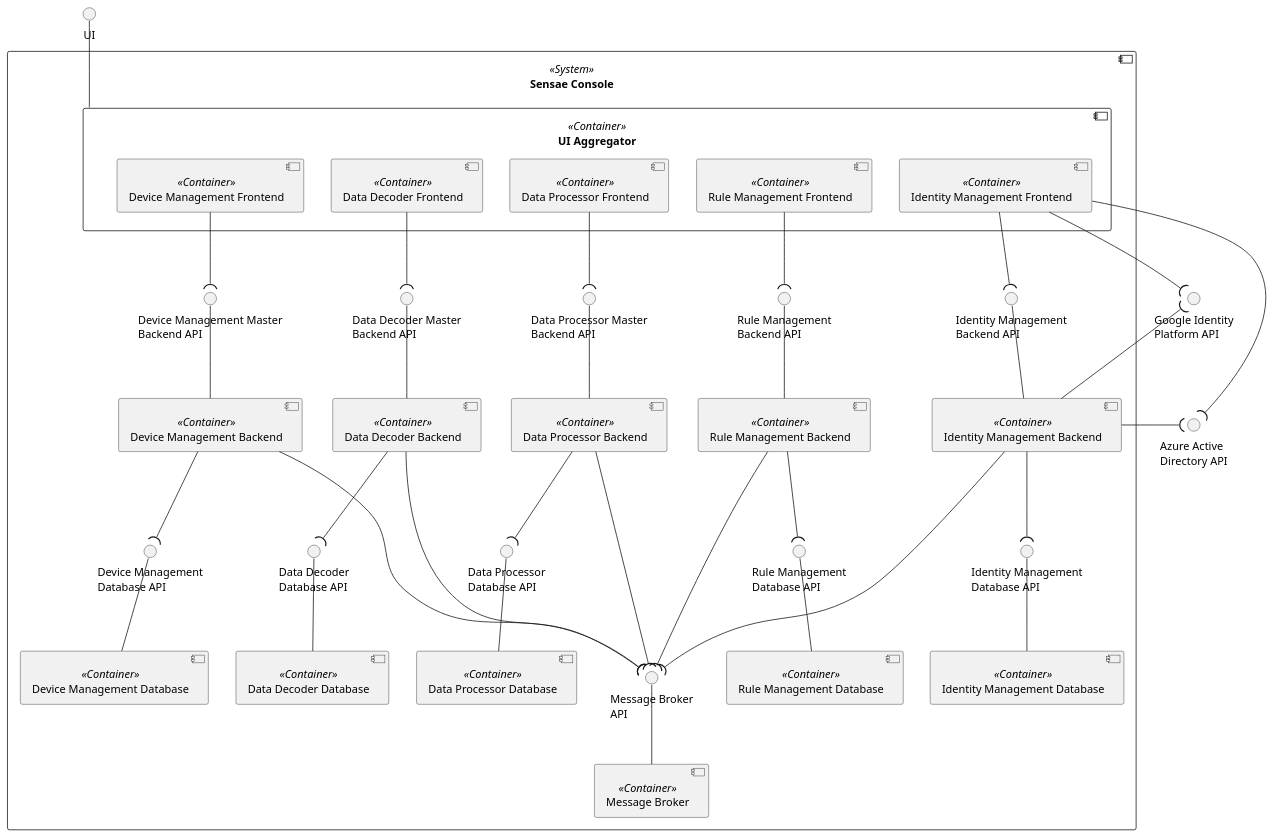
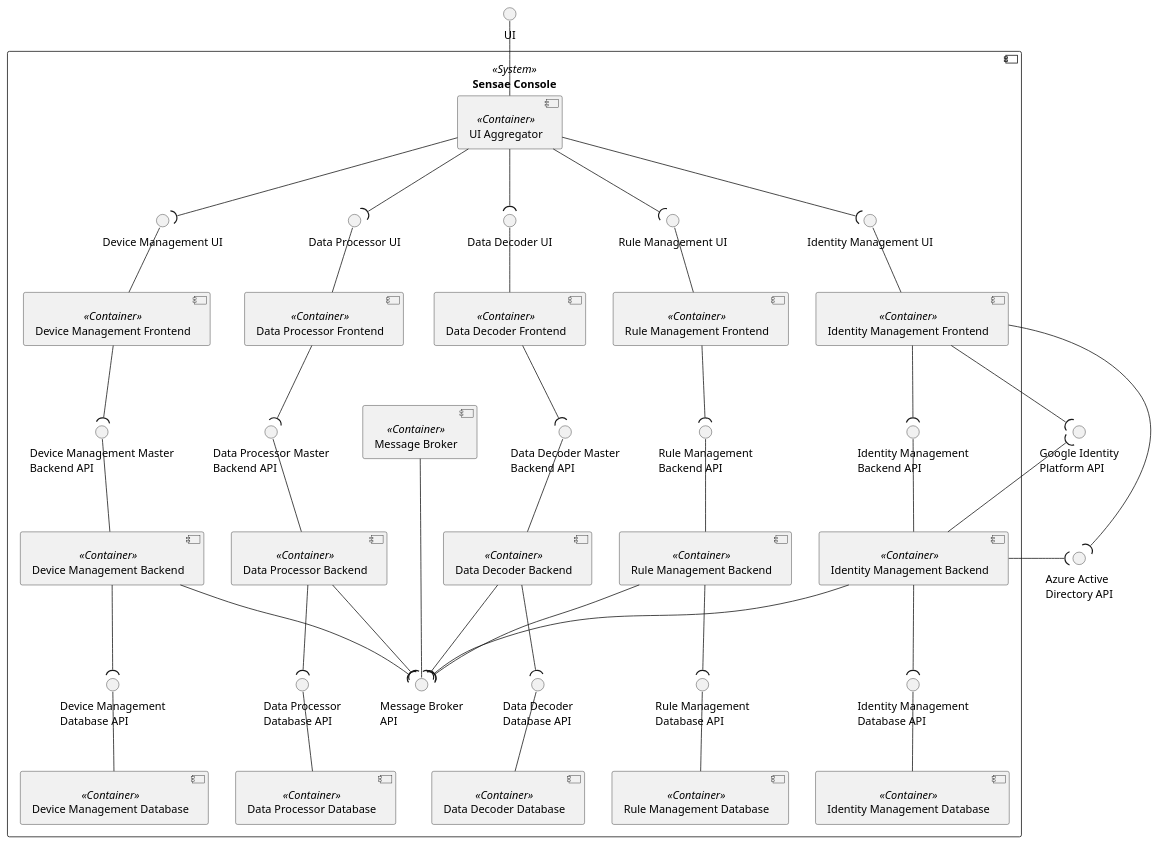
Before and after one commit to FilipeMCruz/dissertation: the diagram in assets/diagrams/design/architectural/level2/logical/configuration.pu, drawn with PlantUML. The commit also changed 84 other files, not shown here.

Commit message:
Fixed logical diagrams with UI aggregator

```diff
--- a/assets/diagrams/design/architectural/level2/logical/configuration.pu
+++ b/assets/diagrams/design/architectural/level2/logical/configuration.pu
@@ -1,86 +1,105 @@
 @startuml configuration
 
 skinparam sequenceMessageAlign center
 skinparam Shadowing false
 skinparam componentStyle uml2
 skinparam packageStyle rectangle
 
 interface "UI" as UI
 
 interface "Azure Active\nDirectory API" as AUTH_ENDPOINT
 interface "Google Identity\nPlatform API" as GOOGLE_ENDPOINT
 
 component "Sensae Console" <<System>> {
-    component "UI Aggregator" as UIAG <<Container>>  {
-        component "Device Management Frontend" as DRF <<Container>> 
-        component "Data Processor Frontend" as DPF <<Container>> 
-        component "Data Decoder Frontend" as DDF <<Container>> 
-        component "Identity Management Frontend" as IAMF <<Container>> 
-        component "Rule Management Frontend" as RULE_MAN_FRONT <<Container>> 
-    }
-    component "Message Broker" as MB <<Container>> 
+    component "UI Aggregator" as UIAG <<Container>>
 
-    component "Device Management Backend" as DRB <<Container>> 
-    component "Data Processor Backend" as DPB <<Container>> 
-    component "Data Decoder Backend" as DDB <<Container>> 
-    component "Device Management Database" as DRDB <<Container>> 
-    component "Data Processor Database" as DPDB <<Container>> 
-    component "Data Decoder Database" as DDDB <<Container>> 
-    component "Identity Management Database" as IAMDB <<Container>> 
-    component "Identity Management Backend" as IAMB <<Container>> 
+    component "Device Management Frontend" as DRF <<Container>>
+    component "Data Processor Frontend" as DPF <<Container>>
+    component "Data Decoder Frontend" as DDF <<Container>>
+    component "Identity Management Frontend" as IAMF <<Container>>
+    component "Rule Management Frontend" as RULE_MAN_FRONT <<Container>>
 
-    component "Rule Management Backend" as RULE_MAN_BACK <<Container>> 
-    component "Rule Management Database" as RULE_MAN_DB <<Container>> 
+    interface "Device Management UI" as DRF_API
+    interface "Data Processor UI" as DPF_API
+    interface "Data Decoder UI" as DDF_API
+    interface "Identity Management UI" as IAMF_API
+    interface "Rule Management UI" as RULE_MAN_FRONT_API
+
+    DRF_API -- DRF
+    DPF_API -- DPF
+    DDF_API -- DDF
+    IAMF_API -- IAMF
+    RULE_MAN_FRONT_API -- RULE_MAN_FRONT
+
+    UIAG --( DRF_API
+    UIAG --( DPF_API
+    UIAG --( DDF_API
+    UIAG --( IAMF_API
+    UIAG --( RULE_MAN_FRONT_API
+
+    component "Message Broker" as MB <<Container>>
+
+    component "Device Management Backend" as DRB <<Container>>
+    component "Data Processor Backend" as DPB <<Container>>
+    component "Data Decoder Backend" as DDB <<Container>>
+    component "Device Management Database" as DRDB <<Container>>
+    component "Data Processor Database" as DPDB <<Container>>
+    component "Data Decoder Database" as DDDB <<Container>>
+    component "Identity Management Database" as IAMDB <<Container>>
+    component "Identity Management Backend" as IAMB <<Container>>
+
+    component "Rule Management Backend" as RULE_MAN_BACK <<Container>>
+    component "Rule Management Database" as RULE_MAN_DB <<Container>>
 
     interface "Message Broker\nAPI" as MB_API
     interface "Device Management Master\nBackend API" as DRB_API
     interface "Data Processor Master\nBackend API" as DPB_API
     interface "Data Decoder Master\nBackend API" as DDMB_API
     interface "Device Management\nDatabase API" as DRDB_API
     interface "Data Processor\nDatabase API" as DPDB_API
     interface "Data Decoder\nDatabase API" as DDDB_API
     interface "Identity Management\nDatabase API" as IAMDB_API
     interface "Identity Management\nBackend API" as IAMB_API
     interface "Rule Management\nBackend API" as RULE_MAN_BACK_API
     interface "Rule Management\nDatabase API" as RULE_MAN_DB_API
 
     RULE_MAN_BACK --( RULE_MAN_DB_API
     DPB_API -- DPB
     DDMB_API -- DDB
     DRB_API -- DRB
     DRDB_API -- DRDB
     DPDB_API -- DPDB
     DDDB_API -- DDDB
     IAMDB_API -- IAMDB
     RULE_MAN_BACK_API -- RULE_MAN_BACK
     IAMB_API -- IAMB
     UI -- UIAG
     RULE_MAN_DB_API -- RULE_MAN_DB
     DRB --( DRDB_API
     DPB --( DPDB_API
     DDB --( DDDB_API
     IAMB --( IAMDB_API
     DPF --( DPB_API
     DDF --( DDMB_API
     DRF --( DRB_API
     IAMF --( IAMB_API
     RULE_MAN_FRONT --( RULE_MAN_BACK_API
 
-    DRB ---( MB_API
-    DPB ---( MB_API
-    DDB ---( MB_API
-    IAMB ---( MB_API
-    RULE_MAN_BACK ---( MB_API
+    DRB --( MB_API
+    DPB --( MB_API
+    DDB --( MB_API
+    IAMB --( MB_API
+    RULE_MAN_BACK --( MB_API
 
     IAMF --( AUTH_ENDPOINT
     AUTH_ENDPOINT )-- IAMB
     IAMF --( GOOGLE_ENDPOINT
     GOOGLE_ENDPOINT )-- IAMB
 
-    MB_API -- MB
+    MB --- MB_API
 
     GOOGLE_ENDPOINT -[hidden]- AUTH_ENDPOINT
 
 }
 
 @enduml
```
